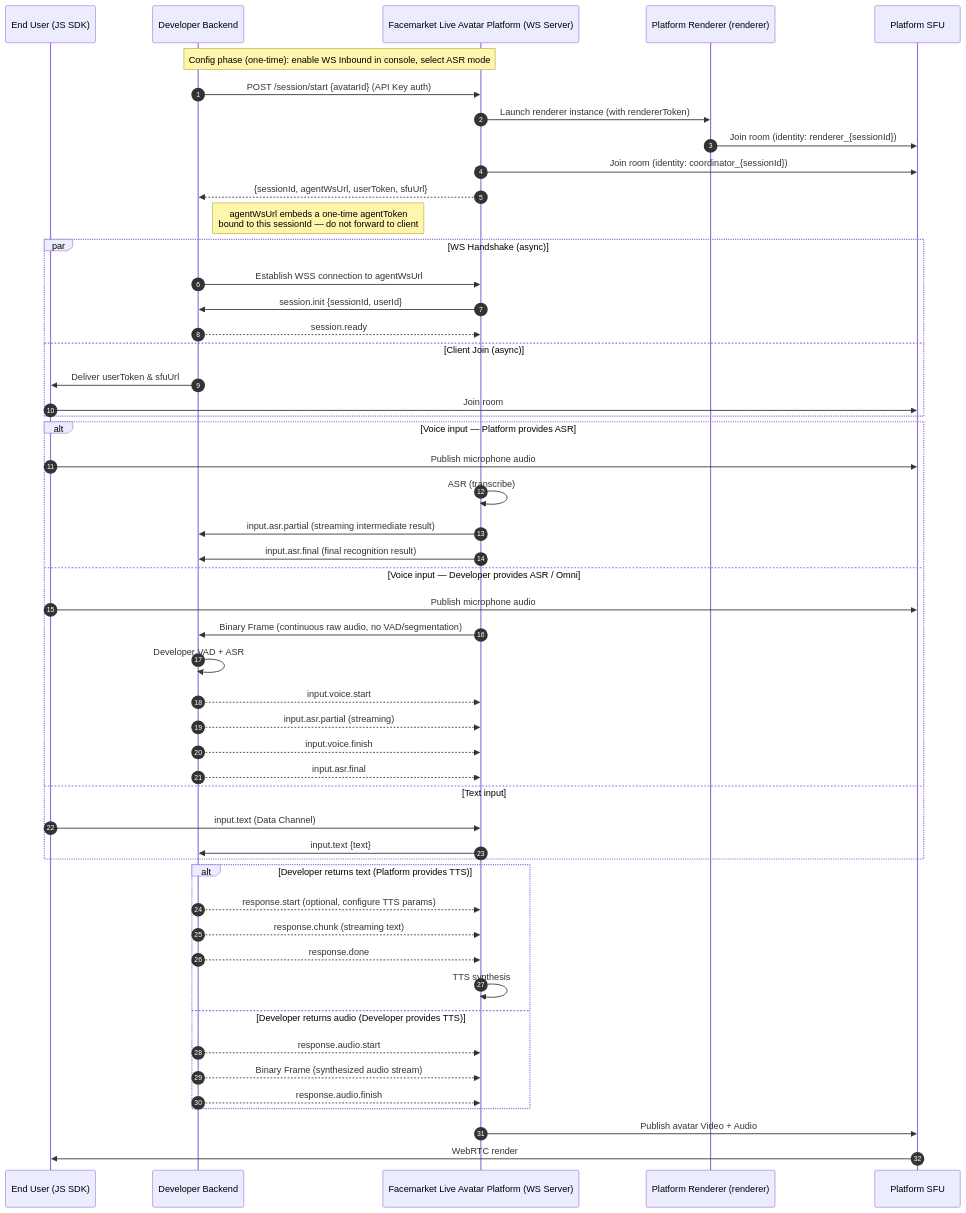
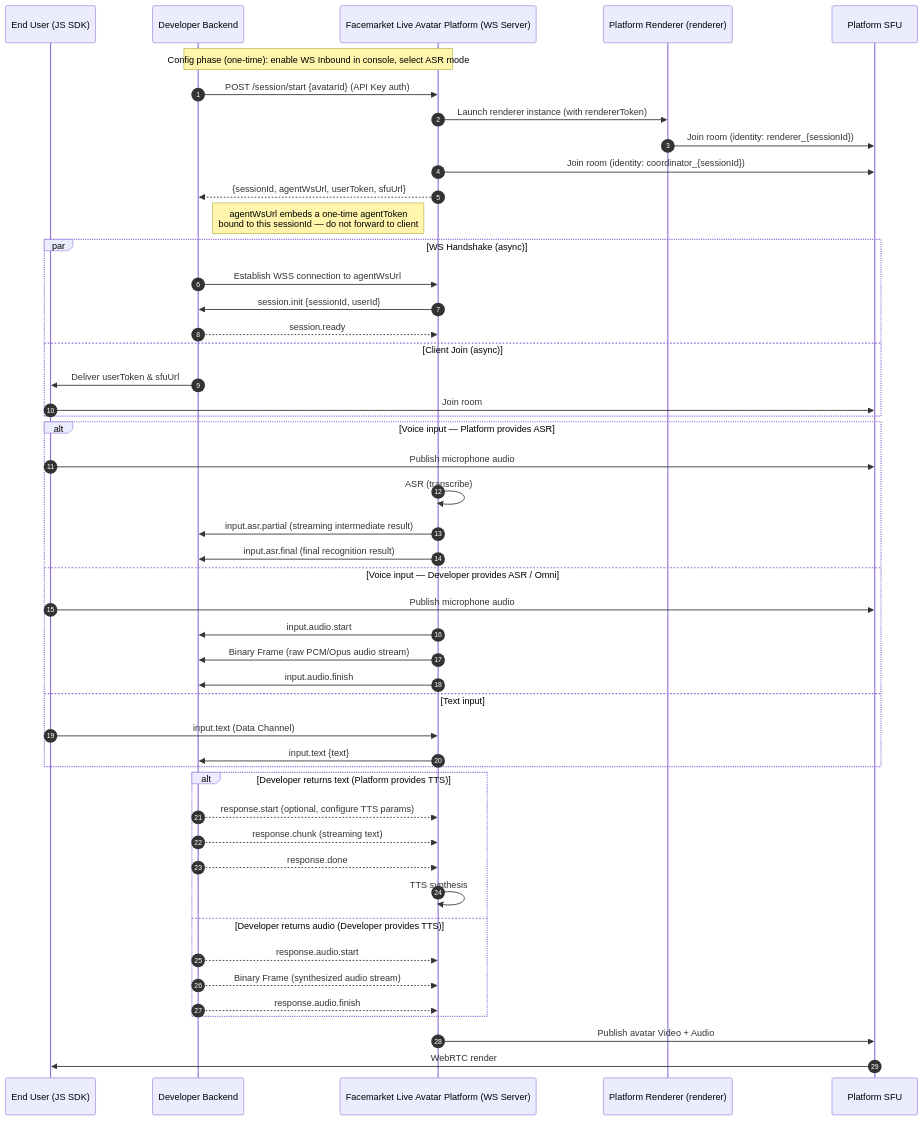
Before and after one commit to newportAI-lab/liveavatar-integration-guide: the third of 5 diagrams in Live Avatar Integration Guide.md, drawn with Mermaid. The commit also changed other lines of this file, not shown here.

````diff
--- a/Live Avatar Integration Guide.md
+++ b/Live Avatar Integration Guide.md
@@ -401,59 +404,56 @@
 ```mermaid
 sequenceDiagram
     autonumber
     participant Client as End User (JS SDK)
     participant Backend as Developer Backend
     participant Platform as Facemarket Live Avatar Platform (WS Server)
     participant Renderer as Platform Renderer (renderer)
     participant SFU as Platform SFU
 
     Note over Backend, Platform: Config phase (one-time): enable WS Inbound in console, select ASR mode
 
     Backend->>Platform: POST /session/start {avatarId} (API Key auth)
     Platform->>Renderer: Launch renderer instance (with rendererToken)
     Renderer->>SFU: Join room (identity: renderer_{sessionId})
     Platform->>SFU: Join room (identity: coordinator_{sessionId})
     Platform-->>Backend: {sessionId, agentWsUrl, userToken, sfuUrl}
     Note right of Backend: agentWsUrl embeds a one-time agentToken<br/>bound to this sessionId — do not forward to client
 
     par WS Handshake (async)
         Backend->>Platform: Establish WSS connection to agentWsUrl
         Platform->>Backend: session.init {sessionId, userId}
         Backend-->>Platform: session.ready
     and Client Join (async)
         Backend->>Client: Deliver userToken & sfuUrl
         Client->>SFU: Join room
     end
 
     alt Voice input — Platform provides ASR
         Client->>SFU: Publish microphone audio
         Platform->>Platform: ASR (transcribe)
         Platform->>Backend: input.asr.partial (streaming intermediate result)
         Platform->>Backend: input.asr.final (final recognition result)
     else Voice input — Developer provides ASR / Omni
         Client->>SFU: Publish microphone audio
-        Platform->>Backend: Binary Frame (continuous raw audio, no VAD/segmentation)
-        Backend->>Backend: Developer VAD + ASR
-        Backend-->>Platform: input.voice.start
-        Backend-->>Platform: input.asr.partial (streaming)
-        Backend-->>Platform: input.voice.finish
-        Backend-->>Platform: input.asr.final
+        Platform->>Backend: input.audio.start
+        Platform->>Backend: Binary Frame (raw PCM/Opus audio stream)
+        Platform->>Backend: input.audio.finish
     else Text input
         Client->>Platform: input.text (Data Channel)
         Platform->>Backend: input.text {text}
     end
 
     alt Developer returns text (Platform provides TTS)
         Backend-->>Platform: response.start (optional, configure TTS params)
         Backend-->>Platform: response.chunk (streaming text)
         Backend-->>Platform: response.done
         Platform->>Platform: TTS synthesis
     else Developer returns audio (Developer provides TTS)
         Backend-->>Platform: response.audio.start
         Backend-->>Platform: Binary Frame (synthesized audio stream)
         Backend-->>Platform: response.audio.finish
     end
 
     Platform->>SFU: Publish avatar Video + Audio
     SFU->>Client: WebRTC render
 ```
````
